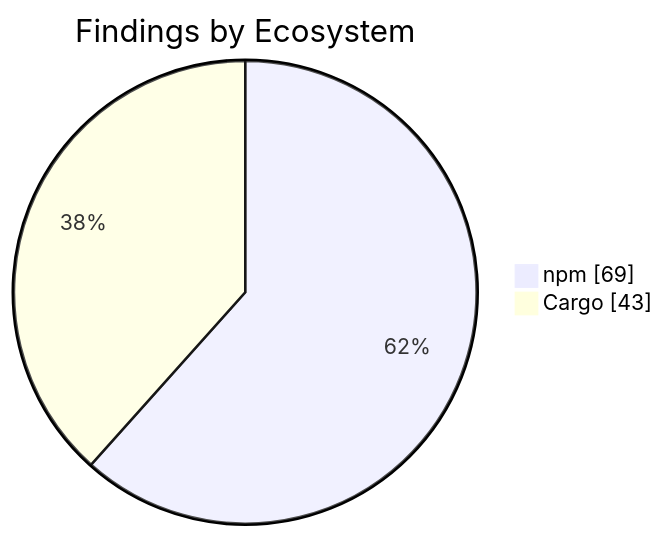
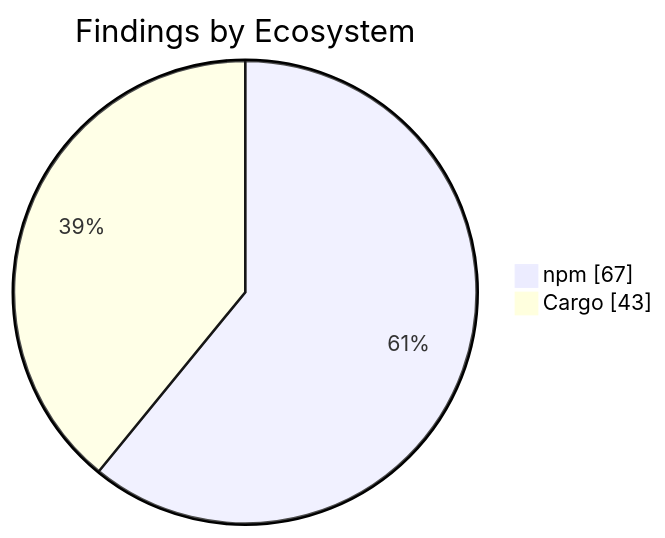
The second of 2 diagrams in apps/kbve/astro-kbve/src/content/docs/dashboard/security.mdx (KBVE/kbve), drawn with Mermaid before and after one commit. The commit also changed other lines of this file and 8 other files, not shown here.

````diff
--- a/apps/kbve/astro-kbve/src/content/docs/dashboard/security.mdx
+++ b/apps/kbve/astro-kbve/src/content/docs/dashboard/security.mdx
@@ -72,6 +72,6 @@
 ```mermaid
 pie showData
     title Findings by Ecosystem
-    "npm" : 69
+    "npm" : 67
     "Cargo" : 43
 ```
````
